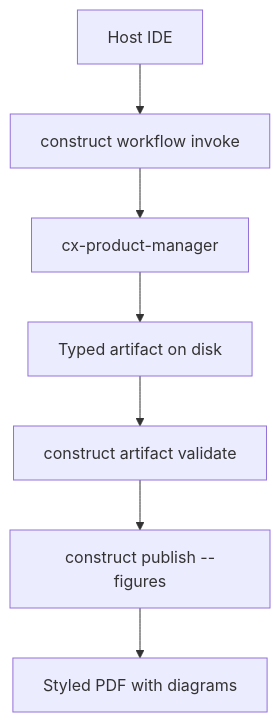
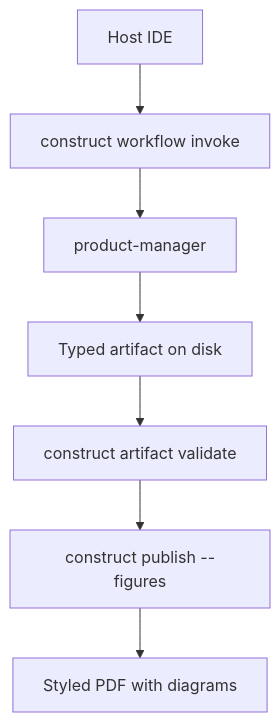
One commit to geraldmaron/construct changed the second of 3 diagrams in tests/fixtures/publish/golden-prd-platform.md. Above: the diagram before and after it, drawn with Mermaid. The commit also changed other lines of this file and 1347 other files, not shown here.

````diff
--- a/tests/fixtures/publish/golden-prd-platform.md
+++ b/tests/fixtures/publish/golden-prd-platform.md
@@ -89,9 +89,9 @@
 ```mermaid
 flowchart TD
   A[Host IDE] --> B[construct workflow invoke]
-  B --> C[cx-product-manager]
+  B --> C[product-manager]
   C --> D[Typed artifact on disk]
   D --> E[construct artifact validate]
   E --> F[construct publish --figures]
   F --> G[Styled PDF with diagrams]
 ```
````
